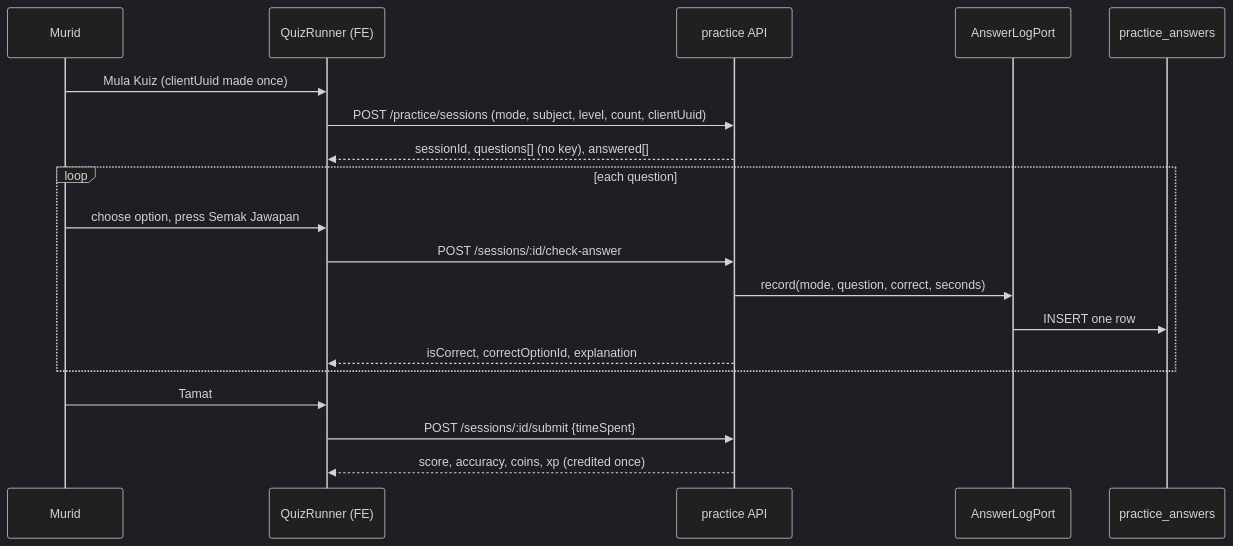
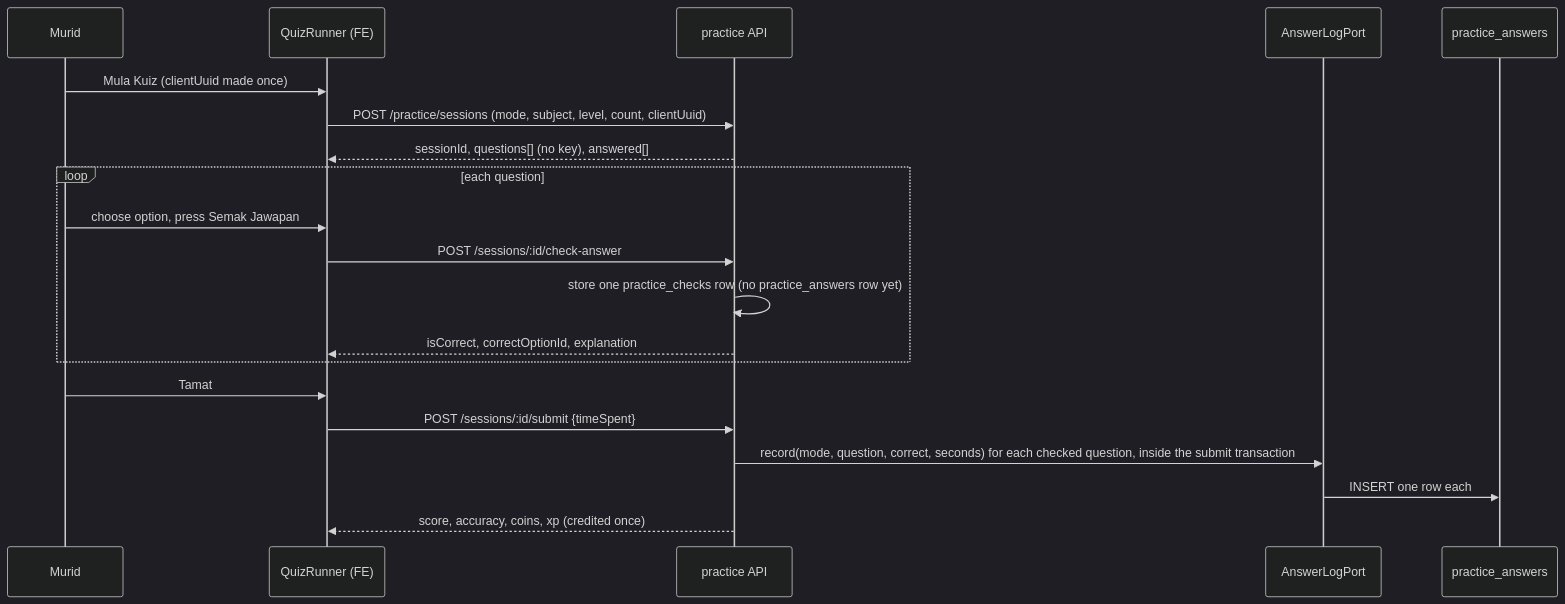
One commit to amin-kerja-orang/prestasiplus changed the second of 3 diagrams in docs/prd/r1/46-pupil-activity-flow.md. Above: the diagram before and after it, drawn with Mermaid (dark theme). The commit also changed other lines of this file and 9 other files, not shown here.

First line of the commit message:
docs: resolve 14 flow contradictions (D115)

````diff
--- a/docs/prd/r1/46-pupil-activity-flow.md
+++ b/docs/prd/r1/46-pupil-activity-flow.md
@@ -180,21 +184,22 @@
 ```mermaid
 sequenceDiagram
   participant M as Murid
   participant FE as QuizRunner (FE)
   participant API as practice API
   participant LOG as AnswerLogPort
   participant DB as practice_answers
   M->>FE: Mula Kuiz (clientUuid made once)
   FE->>API: POST /practice/sessions (mode, subject, level, count, clientUuid)
   API-->>FE: sessionId, questions[] (no key), answered[]
   loop each question
     M->>FE: choose option, press Semak Jawapan
     FE->>API: POST /sessions/:id/check-answer
-    API->>LOG: record(mode, question, correct, seconds)
-    LOG->>DB: INSERT one row
+    API->>API: store one practice_checks row (no practice_answers row yet)
     API-->>FE: isCorrect, correctOptionId, explanation
   end
   M->>FE: Tamat
   FE->>API: POST /sessions/:id/submit {timeSpent}
+  API->>LOG: record(mode, question, correct, seconds) for each checked question, inside the submit transaction
+  LOG->>DB: INSERT one row each
   API-->>FE: score, accuracy, coins, xp (credited once)
 ```
````
